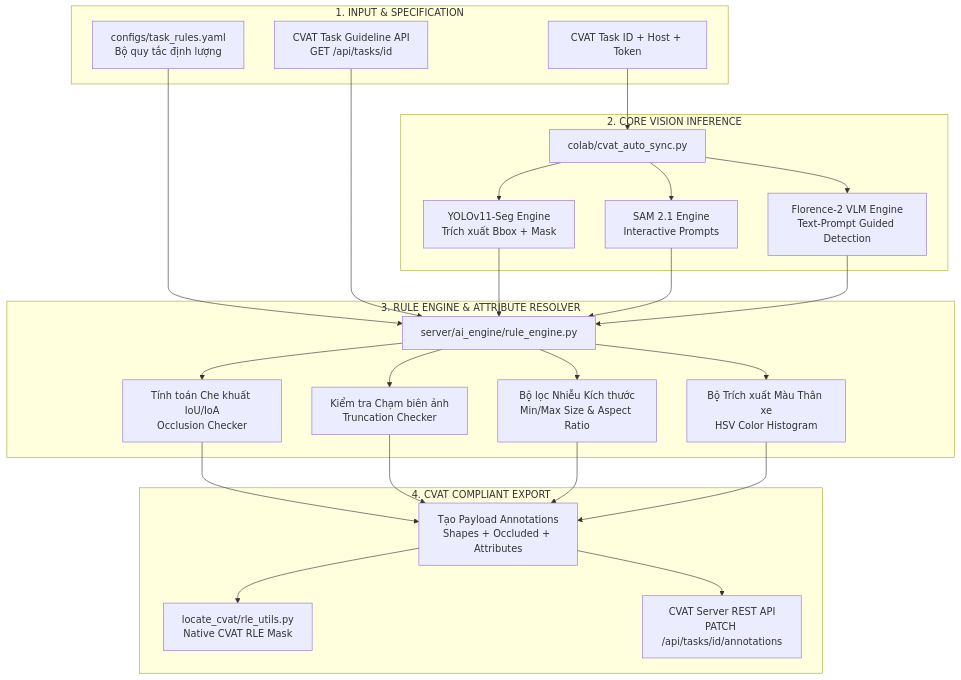
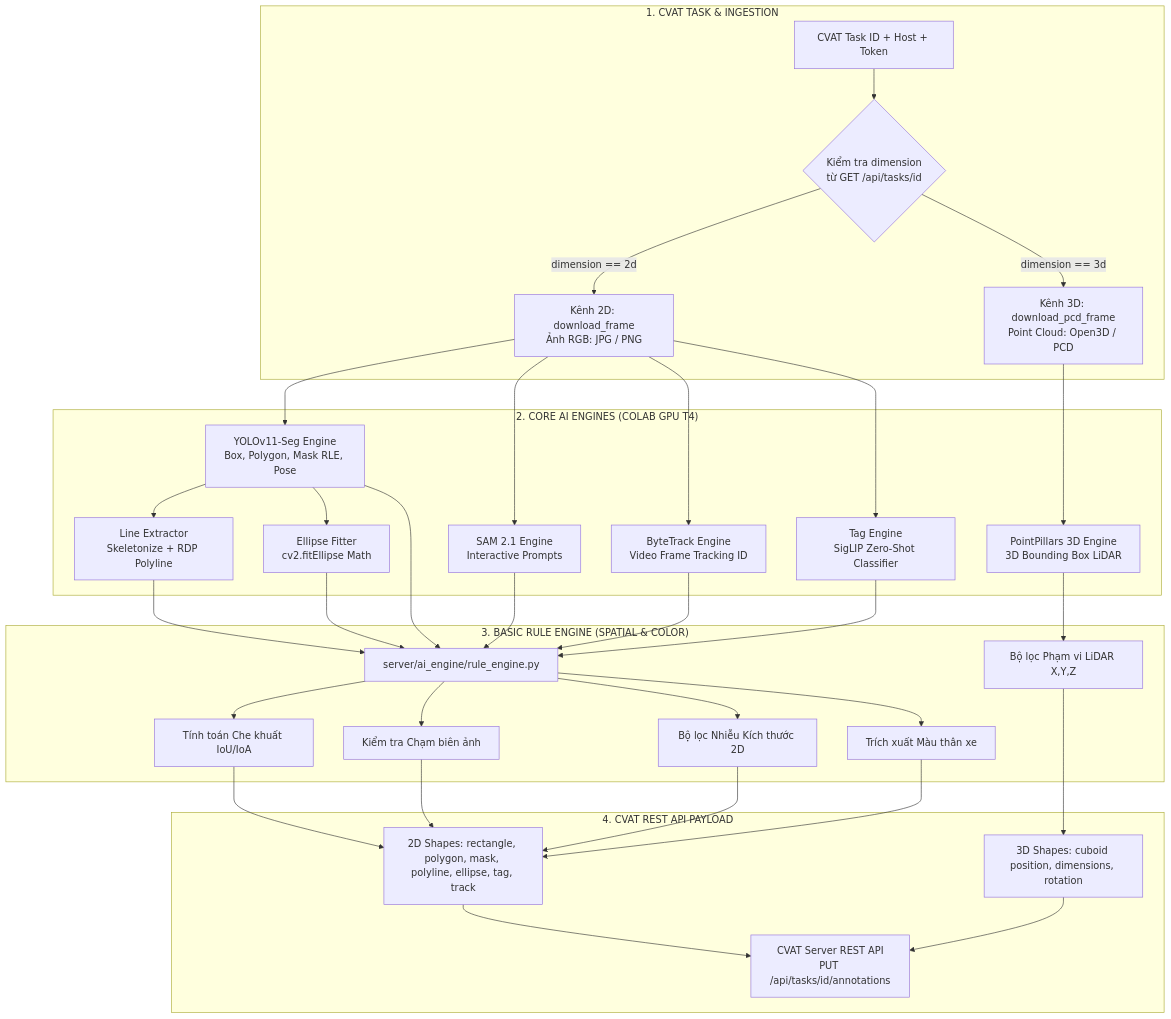
The first of 2 diagrams in ROADMAP_V2.md (Wanlee199/locate-anything), drawn with Mermaid before and after one commit. The commit also changed other lines of this file and 8 other files, not shown here.

````diff
--- a/ROADMAP_V2.md
+++ b/ROADMAP_V2.md
@@ -59,45 +66,52 @@
 ```mermaid
 graph TD
-    subgraph "1. INPUT & SPECIFICATION"
+    subgraph "1. CVAT TASK & INGESTION"
         Task[CVAT Task ID + Host + Token]
-        GuideYAML[configs/task_rules.yaml\nBộ quy tắc định lượng]
-        CVATGuideAPI[CVAT Task Guideline API\nGET /api/tasks/id]
+        CheckDim{Kiểm tra dimension\ntừ GET /api/tasks/id}
+        Stream2D[Kênh 2D: download_frame\nẢnh RGB: JPG / PNG]
+        Stream3D[Kênh 3D: download_pcd_frame\nPoint Cloud: Open3D / PCD]
     end
 
-    subgraph "2. CORE VISION INFERENCE"
-        ColabWorker[colab/cvat_auto_sync.py]
-        YOLO[YOLOv11-Seg Engine\nTrích xuất Bbox + Mask]
+    subgraph "2. CORE AI ENGINES (COLAB GPU T4)"
+        YOLO[YOLOv11-Seg Engine\nBox, Polygon, Mask RLE, Pose]
         SAM[SAM 2.1 Engine\nInteractive Prompts]
-        VLM[Florence-2 VLM Engine\nText-Prompt Guided Detection]
+        LineAdapter[Line Extractor\nSkeletonize + RDP Polyline]
+        EllipseAdapter[Ellipse Fitter\ncv2.fitEllipse Math]
+        TagClassifier[Tag Engine\nSigLIP Zero-Shot Classifier]
+        Tracker[ByteTrack Engine\nVideo Frame Tracking ID]
+        Pillars[PointPillars 3D Engine\n3D Bounding Box LiDAR]
     end
 
-    subgraph "3. RULE ENGINE & ATTRIBUTE RESOLVER"
+    subgraph "3. BASIC RULE ENGINE (SPATIAL & COLOR)"
         RuleEngine[server/ai_engine/rule_engine.py]
-        OccChecker[Tính toán Che khuất IoU/IoA\nOcclusion Checker]
-        TruncChecker[Kiểm tra Chạm biên ảnh\nTruncation Checker]
-        SizeFilter[Bộ lọc Nhiễu Kích thước\nMin/Max Size & Aspect Ratio]
-        ColorExtractor[Bộ Trích xuất Màu Thân xe\nHSV Color Histogram]
+        OccChecker[Tính toán Che khuất IoU/IoA]
+        TruncChecker[Kiểm tra Chạm biên ảnh]
+        SizeFilter[Bộ lọc Nhiễu Kích thước 2D]
+        ColorResolver[Trích xuất Màu thân xe]
+        RangeFilter3D[Bộ lọc Phạm vi LiDAR X,Y,Z]
     end
 
-    subgraph "4. CVAT COMPLIANT EXPORT"
-        RLEUtil[locate_cvat/rle_utils.py\nNative CVAT RLE Mask]
-        PayloadBuilder[Tạo Payload Annotations\nShapes + Occluded + Attributes]
-        CVATServer[CVAT Server REST API\nPATCH /api/tasks/id/annotations]
+    subgraph "4. CVAT REST API PAYLOAD"
+        Export2D[2D Shapes: rectangle, polygon, mask, polyline, ellipse, tag, track]
+        Export3D[3D Shapes: cuboid position, dimensions, rotation]
+        CVATServer[CVAT Server REST API\nPUT /api/tasks/id/annotations]
     end
 
-    Task --> ColabWorker
-    GuideYAML --> RuleEngine
-    CVATGuideAPI --> RuleEngine
+    Task --> CheckDim
+    CheckDim -->|dimension == 2d| Stream2D
+    CheckDim -->|dimension == 3d| Stream3D
 
-    ColabWorker --> YOLO & SAM & VLM
-    YOLO & SAM & VLM --> RuleEngine
+    Stream2D --> YOLO & SAM & Tracker & TagClassifier
+    YOLO --> LineAdapter & EllipseAdapter
+    Stream3D --> Pillars
 
-    RuleEngine --> OccChecker
-    RuleEngine --> TruncChecker
-    RuleEngine --> SizeFilter
-    RuleEngine --> ColorExtractor
+    YOLO & SAM & LineAdapter & EllipseAdapter & Tracker & TagClassifier --> RuleEngine
+    Pillars --> RangeFilter3D
 
-    OccChecker & TruncChecker & SizeFilter & ColorExtractor --> PayloadBuilder
-    PayloadBuilder --> RLEUtil
-    PayloadBuilder --> CVATServer
+    RuleEngine --> OccChecker & TruncChecker & SizeFilter & ColorResolver
+    OccChecker & TruncChecker & SizeFilter & ColorResolver --> Export2D
+    RangeFilter3D --> Export3D
+
+    Export2D --> CVATServer
+    Export3D --> CVATServer
 ```
````
